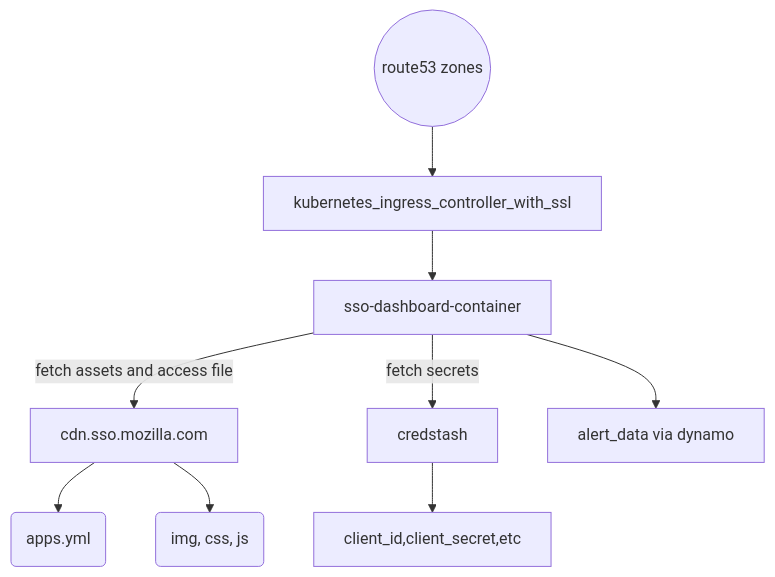
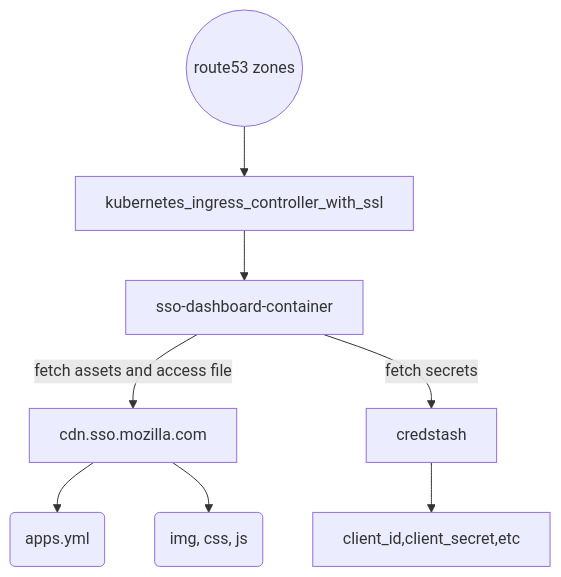
The diagram in docs/architecture.mermaid (mozilla-iam/sso-dashboard), drawn with Mermaid before and after one commit. The commit also changed 17 other files, not shown here.

```diff
--- a/docs/architecture.mermaid
+++ b/docs/architecture.mermaid
@@ -1,15 +1,13 @@
 graph TD
 
 dns((route53 zones)) --> ingress_controller
 
 ingress_controller[kubernetes_ingress_controller_with_ssl] -->
 
 container[sso-dashboard-container] -- fetch assets and access file --> cdn[cdn.sso.mozilla.com]
 
 container[sso-dashboard-container] -- fetch secrets --> credstash --> client_id,client_secret,etc
 
-container --> dynamodb_table[alert_data via dynamo]
-
 cdn[cdn.sso.mozilla.com] -->
 access_file(apps.yml)
 cdn[cdn.sso.mozilla.com] --> images(img, css, js)
```
